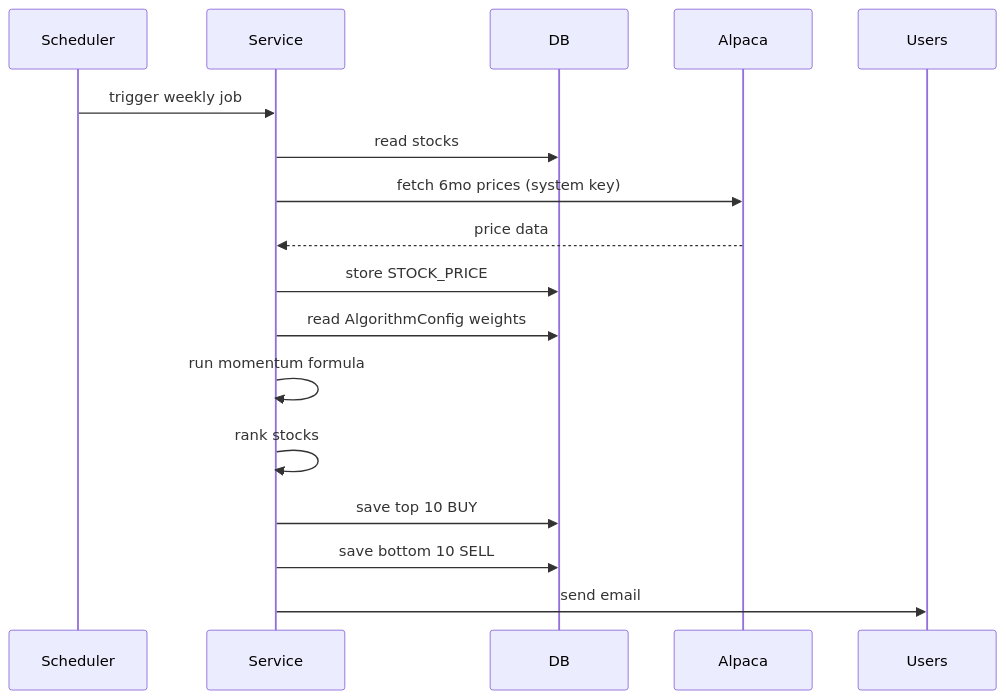
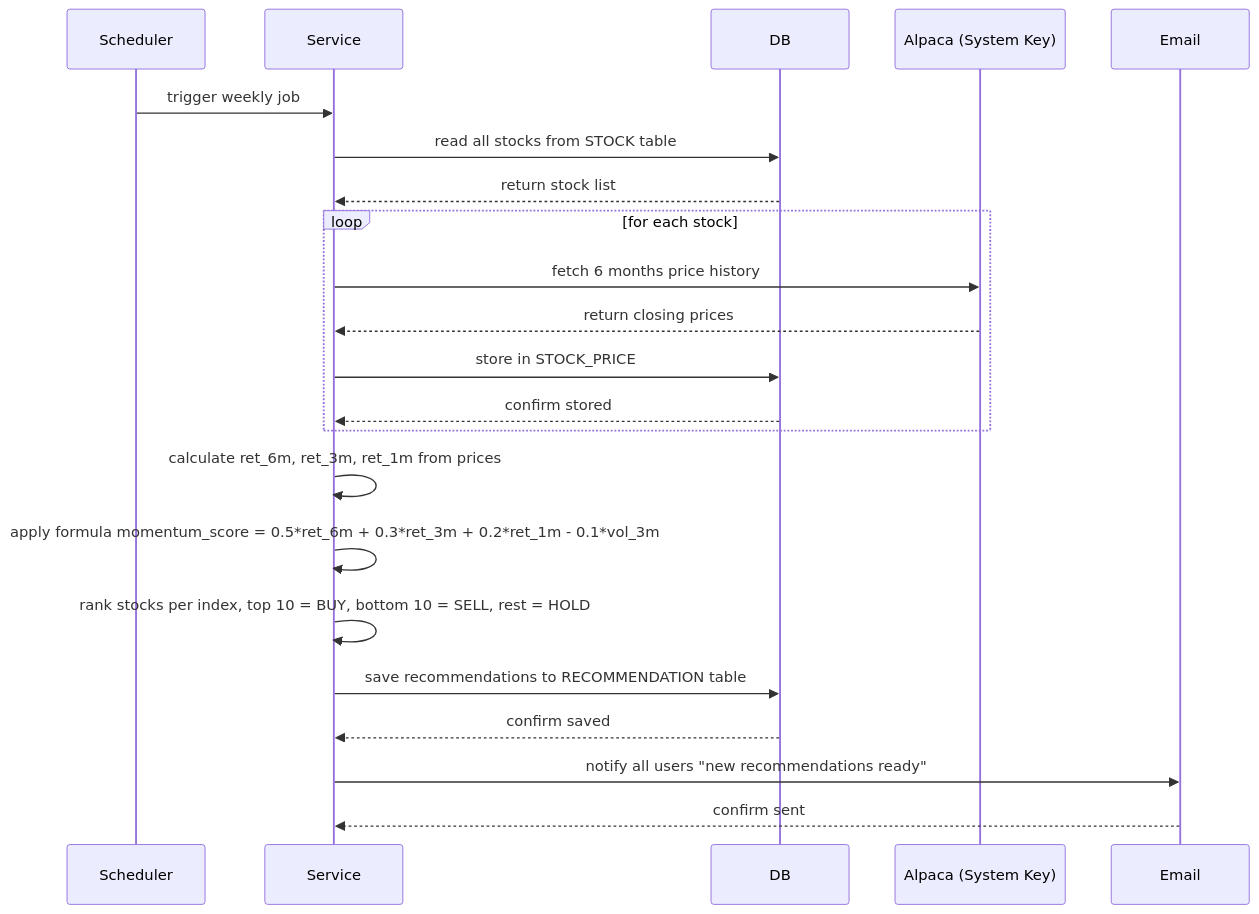
Before and after one commit to shivam-tamboli/momentum-trading-system: the first of 4 diagrams in docs/sequence-diagram.md, drawn with Mermaid. The commit also changed other lines of this file and 3 other files, not shown here.

````diff
--- a/docs/sequence-diagram.md
+++ b/docs/sequence-diagram.md
@@ -5,19 +5,29 @@
 ```mermaid
 sequenceDiagram
     participant Scheduler
     participant Service
     participant DB
-    participant Alpaca
+    participant Alpaca as Alpaca (System Key)
+    participant Email
 
     Scheduler->>Service: trigger weekly job
-    Service->>DB: read stocks
-    Service->>Alpaca: fetch 6mo prices (system key)
-    Alpaca-->>Service: price data
-    Service->>DB: store STOCK_PRICE
-    Service->>DB: read AlgorithmConfig weights
-    Service->>Service: run momentum formula
-    Service->>Service: rank stocks
-    Service->>DB: save top 10 BUY
-    Service->>DB: save bottom 10 SELL
-    Service->>Users: send email
+    Service->>DB: read all stocks from STOCK table
+    DB-->>Service: return stock list
+
+    loop for each stock
+        Service->>Alpaca: fetch 6 months price history
+        Alpaca-->>Service: return closing prices
+        Service->>DB: store in STOCK_PRICE
+        DB-->>Service: confirm stored
+    end
+
+    Service->>Service: calculate ret_6m, ret_3m, ret_1m from prices
+    Service->>Service: apply formula momentum_score = 0.5*ret_6m + 0.3*ret_3m + 0.2*ret_1m - 0.1*vol_3m
+    Service->>Service: rank stocks per index, top 10 = BUY, bottom 10 = SELL, rest = HOLD
+
+    Service->>DB: save recommendations to RECOMMENDATION table
+    DB-->>Service: confirm saved
+
+    Service->>Email: notify all users "new recommendations ready"
+    Email-->>Service: confirm sent
 ```
````
